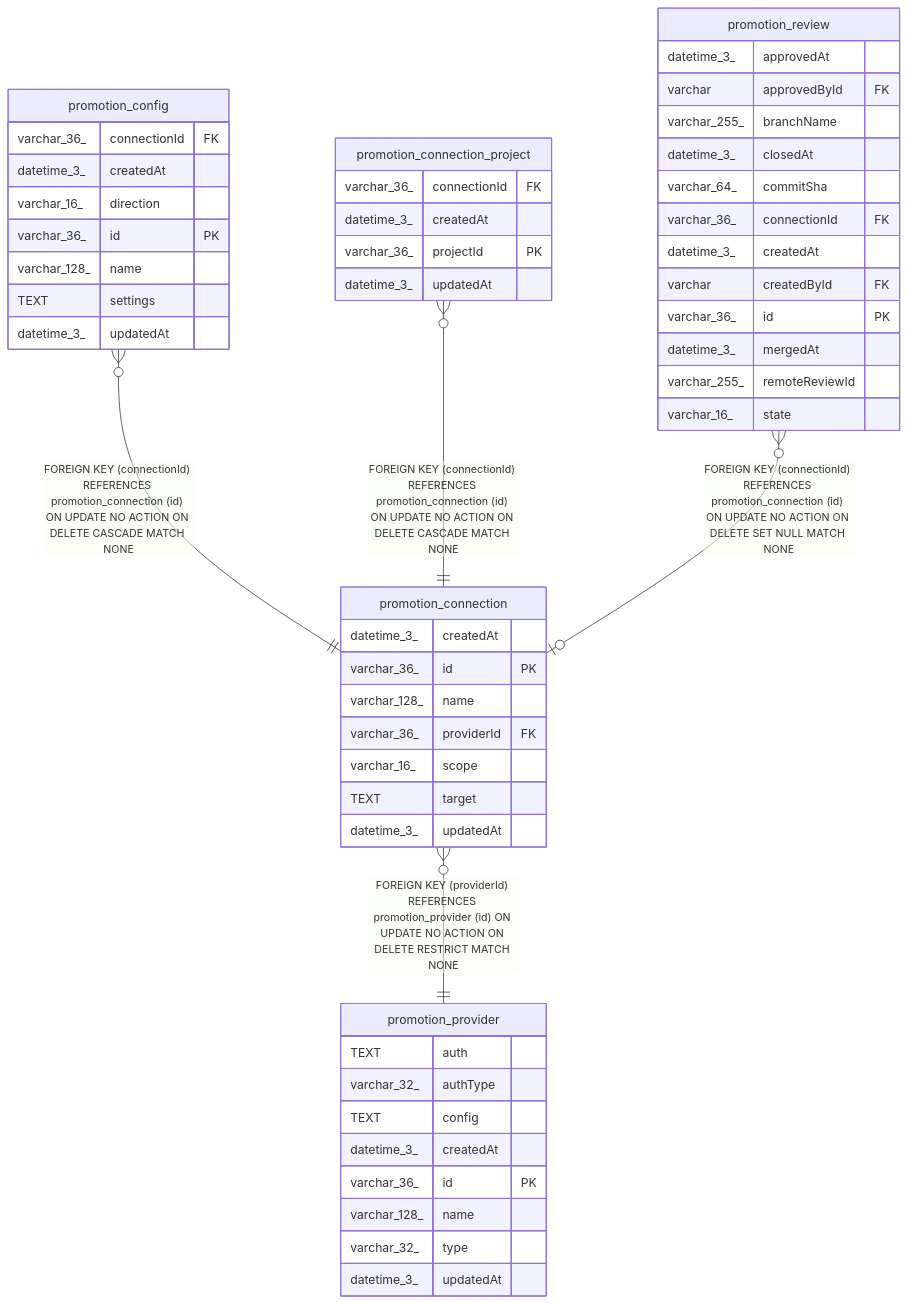
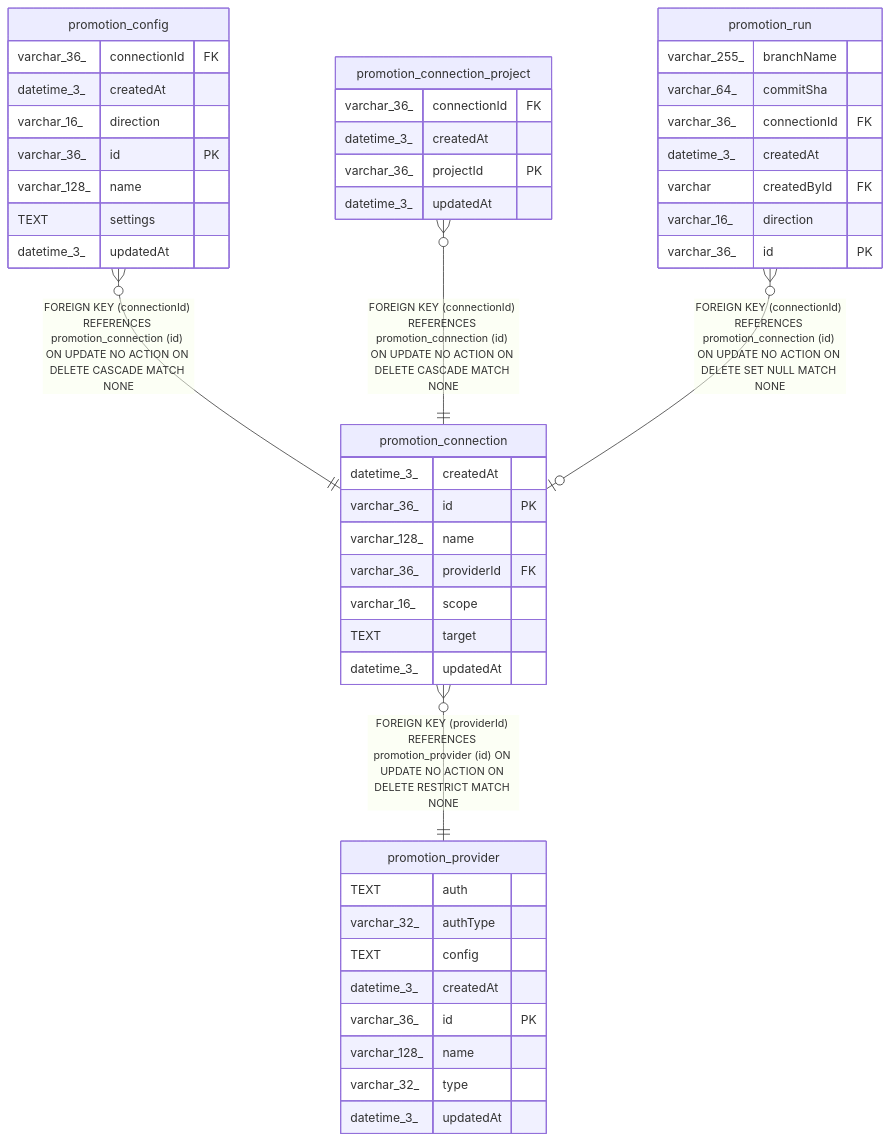
One commit to Flipped-168/n8n changed the diagram in docs/generated/sqlite-schema/promotion_connection.md. Above: the diagram before and after it, drawn with Mermaid. The commit also changed other lines of this file and 18 other files, not shown here.

First line of the commit message:
feat(core): Record a promotion run separately from its review (no-changelog)

````diff
--- a/docs/generated/sqlite-schema/promotion_connection.md
+++ b/docs/generated/sqlite-schema/promotion_connection.md
@@ -45,57 +45,52 @@
 ```mermaid
 erDiagram
 
 "promotion_config" }o--|| "promotion_connection" : "FOREIGN KEY (connectionId) REFERENCES promotion_connection (id) ON UPDATE NO ACTION ON DELETE CASCADE MATCH NONE"
 "promotion_connection_project" }o--|| "promotion_connection" : "FOREIGN KEY (connectionId) REFERENCES promotion_connection (id) ON UPDATE NO ACTION ON DELETE CASCADE MATCH NONE"
-"promotion_review" }o--o| "promotion_connection" : "FOREIGN KEY (connectionId) REFERENCES promotion_connection (id) ON UPDATE NO ACTION ON DELETE SET NULL MATCH NONE"
+"promotion_run" }o--o| "promotion_connection" : "FOREIGN KEY (connectionId) REFERENCES promotion_connection (id) ON UPDATE NO ACTION ON DELETE SET NULL MATCH NONE"
 "promotion_connection" }o--|| "promotion_provider" : "FOREIGN KEY (providerId) REFERENCES promotion_provider (id) ON UPDATE NO ACTION ON DELETE RESTRICT MATCH NONE"
 
 "promotion_connection" {
   datetime_3_ createdAt
   varchar_36_ id PK
   varchar_128_ name
   varchar_36_ providerId FK
   varchar_16_ scope
   TEXT target
   datetime_3_ updatedAt
 }
 "promotion_config" {
   varchar_36_ connectionId FK
   datetime_3_ createdAt
   varchar_16_ direction
   varchar_36_ id PK
   varchar_128_ name
   TEXT settings
   datetime_3_ updatedAt
 }
 "promotion_connection_project" {
   varchar_36_ connectionId FK
   datetime_3_ createdAt
   varchar_36_ projectId PK
   datetime_3_ updatedAt
 }
-"promotion_review" {
-  datetime_3_ approvedAt
-  varchar approvedById FK
+"promotion_run" {
   varchar_255_ branchName
-  datetime_3_ closedAt
   varchar_64_ commitSha
   varchar_36_ connectionId FK
   datetime_3_ createdAt
   varchar createdById FK
+  varchar_16_ direction
   varchar_36_ id PK
-  datetime_3_ mergedAt
-  varchar_255_ remoteReviewId
-  varchar_16_ state
 }
 "promotion_provider" {
   TEXT auth
   varchar_32_ authType
   TEXT config
   datetime_3_ createdAt
   varchar_36_ id PK
   varchar_128_ name
   varchar_32_ type
   datetime_3_ updatedAt
 }
 ```
````
